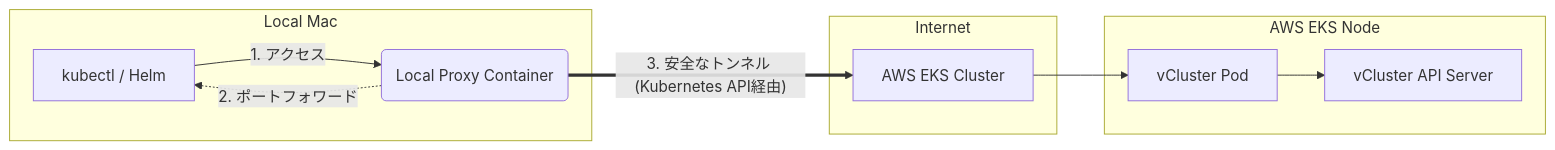
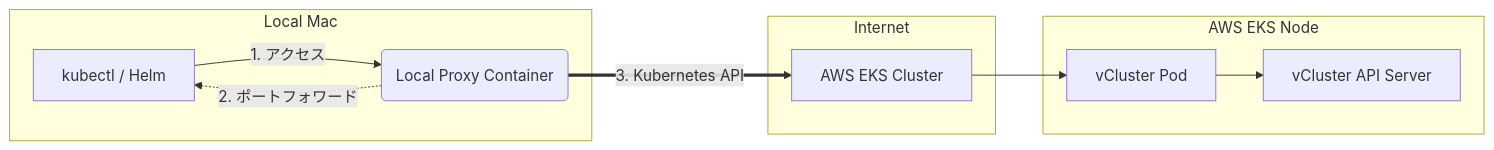
The diagram in manifests/README.md (cyokozai/vcluster-o11y), drawn with Mermaid before and after one commit. The commit also changed 2 other files, not shown here.

Commit message:
feat: Add Grafana dashboard for vCluster monitoring and update resource limits in demo-otel.yaml
- Created a new Grafana dashboard JSON file for monitoring CPU and memory utilization across Kubernetes namespaces.
- Updated resource limits for various services in demo-otel.yaml from 200m to 2000m for CPU and adjusted memory limits accordingly.
- Modified README.md to clarify the Kubernetes API connection to AWS EKS Cluster.

````diff
--- a/manifests/README.md
+++ b/manifests/README.md
@@ -59,16 +59,16 @@
     ```mermaid
     graph LR
         subgraph Local Mac
             A[kubectl / Helm] -->|1. アクセス| B(Local Proxy Container)
             B -.->|2. ポートフォワード| A
         end
 
         subgraph Internet
-            B == 3. 安全なトンネル (Kubernetes API経由) ==> C[AWS EKS Cluster]
+            B == 3. Kubernetes API ==> C[AWS EKS Cluster]
         end
 
         subgraph AWS EKS Node
             C --> D[vCluster Pod]
             D --> E[vCluster API Server]
         end
     ```
````
